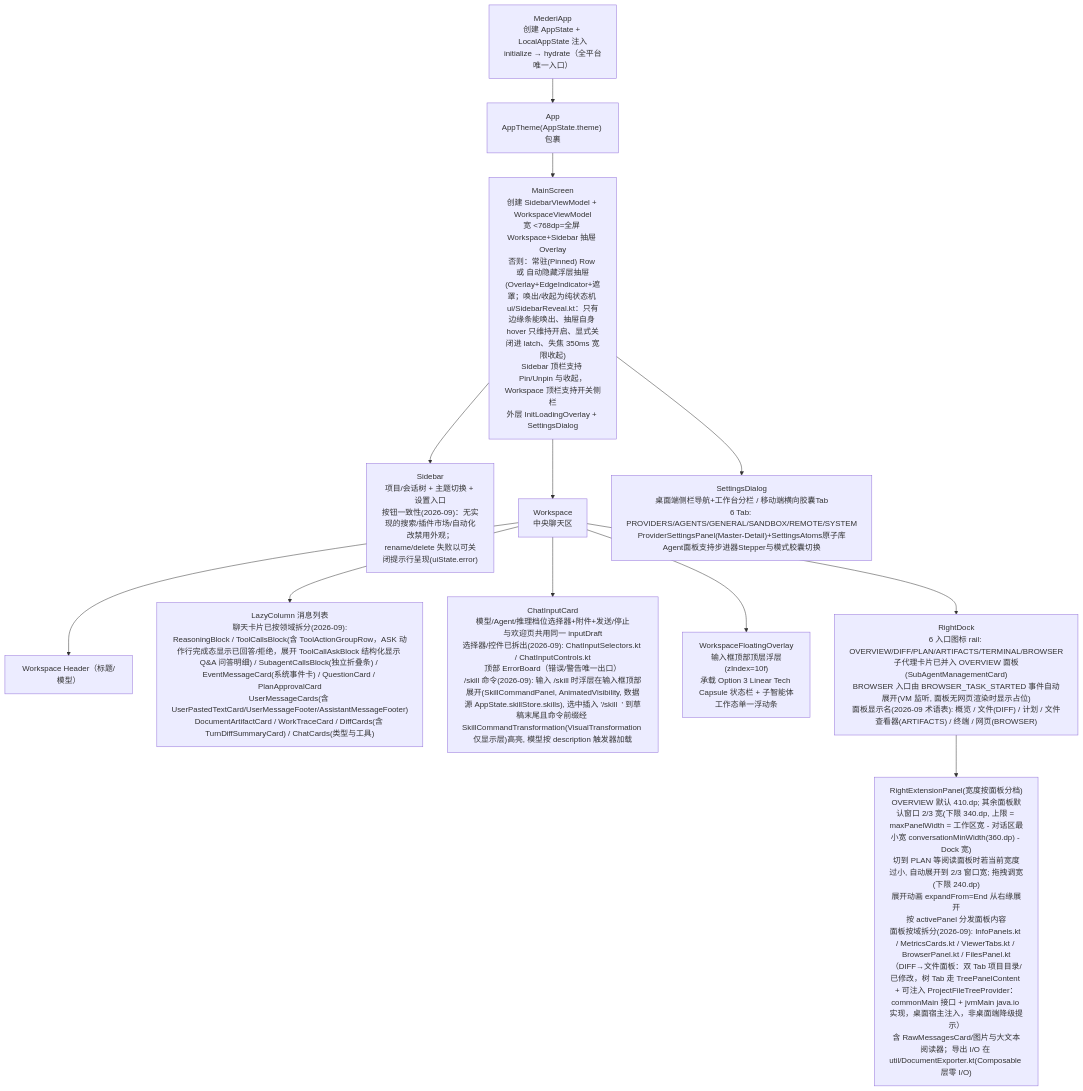
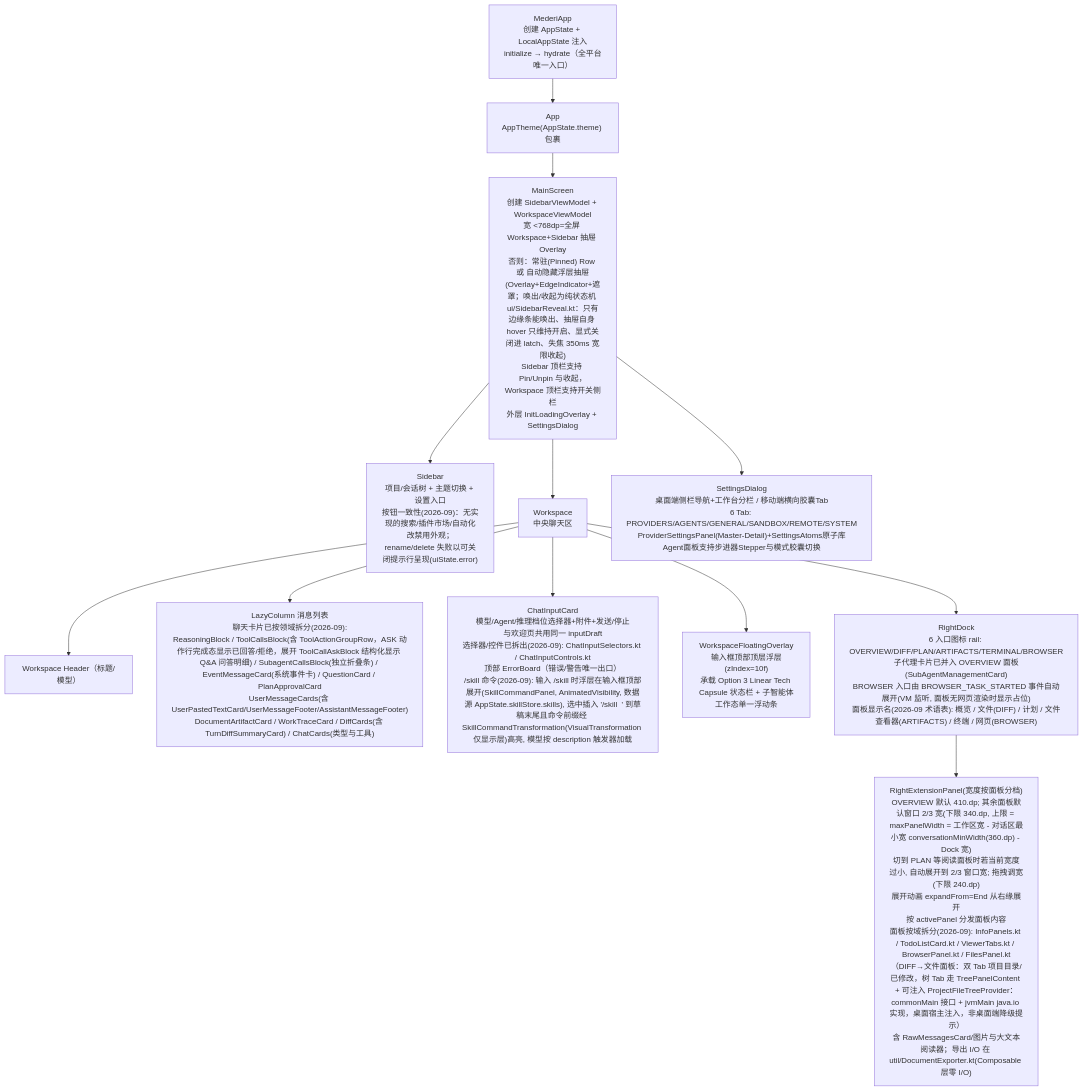
Before and after one commit to lzdev42/mederi: the third of 4 diagrams in docs/architecture/02-app-shared.md, drawn with Mermaid. The commit also changed other lines of this file and 95 other files, not shown here.

````diff
--- a/docs/architecture/02-app-shared.md
+++ b/docs/architecture/02-app-shared.md
@@ -435,24 +437,24 @@
 ```mermaid
 flowchart TD
     MA["MederiApp<br/>创建 AppState + LocalAppState 注入<br/>initialize → hydrate（全平台唯一入口）"]
     APP["App<br/>AppTheme(AppState.theme) 包裹"]
     MS["MainScreen<br/>创建 SidebarViewModel + WorkspaceViewModel<br/>宽 <768dp=全屏 Workspace+Sidebar 抽屉 Overlay<br/>否则：常驻(Pinned) Row 或 自动隐藏浮层抽屉(Overlay+EdgeIndicator+遮罩；唤出/收起为纯状态机 ui/SidebarReveal.kt：只有边缘条能唤出、抽屉自身 hover 只维持开启、显式关闭进 latch、失焦 350ms 宽限收起)<br/>Sidebar 顶栏支持 Pin/Unpin 与收起，Workspace 顶栏支持开关侧栏<br/>外层 InitLoadingOverlay + SettingsDialog"]
     SB["Sidebar<br/>项目/会话树 + 主题切换 + 设置入口<br/>按钮一致性(2026-09)：无实现的搜索/插件市场/自动化改禁用外观；rename/delete 失败以可关闭提示行呈现(uiState.error)"]
     WS["Workspace<br/>中央聊天区"]
     HDR["Workspace Header（标题/模型）"]
     LIST["LazyColumn 消息列表<br/>聊天卡片已按领域拆分(2026-09):<br/>ReasoningBlock / ToolCallsBlock(含 ToolActionGroupRow，ASK 动作行完成态显示已回答/拒绝，展开 ToolCallAskBlock 结构化显示 Q&A 问答明细) / SubagentCallsBlock(独立折叠条) / EventMessageCard(系统事件卡) / QuestionCard / PlanApprovalCard<br/>UserMessageCards(含 UserPastedTextCard/UserMessageFooter/AssistantMessageFooter)<br/>DocumentArtifactCard / WorkTraceCard / DiffCards(含 TurnDiffSummaryCard) / ChatCards(类型与工具)"]
     INPUT["ChatInputCard<br/>模型/Agent/推理档位选择器+附件+发送/停止<br/>与欢迎页共用同一 inputDraft<br/>选择器/控件已拆出(2026-09): ChatInputSelectors.kt / ChatInputControls.kt<br/>顶部 ErrorBoard（错误/警告唯一出口）<br/>/skill 命令(2026-09): 输入 /skill 时浮层在输入框顶部展开(SkillCommandPanel, AnimatedVisibility, 数据源 AppState.skillStore.skills), 选中插入 '/skill <name> ' 到草稿末尾且命令前缀经 SkillCommandTransformation(VisualTransformation 仅显示层)高亮, 模型按 description 触发器加载"]
     WFO["WorkspaceFloatingOverlay<br/>输入框顶部顶层浮层(zIndex=10f)<br/>承载 Option 3 Linear Tech Capsule 状态栏 + 子智能体工作态单一浮动条"]
     DOCK["RightDock<br/>6 入口图标 rail: OVERVIEW/DIFF/PLAN/ARTIFACTS/TERMINAL/BROWSER<br/>子代理卡片已并入 OVERVIEW 面板(SubAgentManagementCard)<br/>BROWSER 入口由 BROWSER_TASK_STARTED 事件自动展开(VM 监听, 面板无网页渲染时显示占位)<br/>面板显示名(2026-09 术语表): 概览 / 文件(DIFF) / 计划 / 文件查看器(ARTIFACTS) / 终端 / 网页(BROWSER)"]
-    REP["RightExtensionPanel(宽度按面板分档)<br/>OVERVIEW 默认 410.dp; 其余面板默认窗口 2/3 宽(下限 340.dp, 上限 = maxPanelWidth = 工作区宽 - 对话区最小宽 conversationMinWidth(360.dp) - Dock 宽)<br/>切到 PLAN 等阅读面板时若当前宽度过小, 自动展开到 2/3 窗口宽; 拖拽调宽(下限 240.dp)<br/>展开动画 expandFrom=End 从右缘展开<br/>按 activePanel 分发面板内容<br/>面板按域拆分(2026-09): InfoPanels.kt / MetricsCards.kt / ViewerTabs.kt / BrowserPanel.kt / FilesPanel.kt（DIFF→文件面板：双 Tab 项目目录/已修改，树 Tab 走 TreePanelContent + 可注入 ProjectFileTreeProvider：commonMain 接口 + jvmMain java.io 实现，桌面宿主注入，非桌面端降级提示）<br/>含 RawMessagesCard/图片与大文本阅读器；导出 I/O 在 util/DocumentExporter.kt(Composable 层零 I/O)"]
+    REP["RightExtensionPanel(宽度按面板分档)<br/>OVERVIEW 默认 410.dp; 其余面板默认窗口 2/3 宽(下限 340.dp, 上限 = maxPanelWidth = 工作区宽 - 对话区最小宽 conversationMinWidth(360.dp) - Dock 宽)<br/>切到 PLAN 等阅读面板时若当前宽度过小, 自动展开到 2/3 窗口宽; 拖拽调宽(下限 240.dp)<br/>展开动画 expandFrom=End 从右缘展开<br/>按 activePanel 分发面板内容<br/>面板按域拆分(2026-09): InfoPanels.kt / TodoListCard.kt / ViewerTabs.kt / BrowserPanel.kt / FilesPanel.kt（DIFF→文件面板：双 Tab 项目目录/已修改，树 Tab 走 TreePanelContent + 可注入 ProjectFileTreeProvider：commonMain 接口 + jvmMain java.io 实现，桌面宿主注入，非桌面端降级提示）<br/>含 RawMessagesCard/图片与大文本阅读器；导出 I/O 在 util/DocumentExporter.kt(Composable 层零 I/O)"]
     SD["SettingsDialog<br/>桌面端侧栏导航+工作台分栏 / 移动端横向胶囊Tab<br/>6 Tab: PROVIDERS/AGENTS/GENERAL/SANDBOX/REMOTE/SYSTEM<br/>ProviderSettingsPanel(Master-Detail)+SettingsAtoms原子库<br/>Agent面板支持步进器Stepper与模式胶囊切换"]
     MA --> APP --> MS
     MS --> SB
     MS --> WS
     WS --> HDR
     WS --> LIST
     WS --> WFO
     WS --> INPUT
     WS --> DOCK --> REP
     MS --> SD
 ```
````
